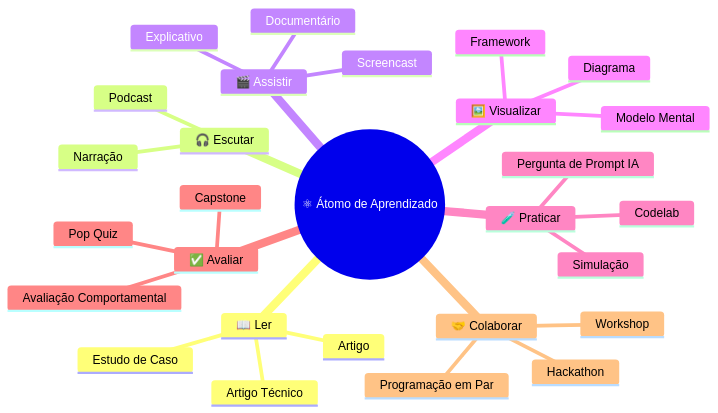
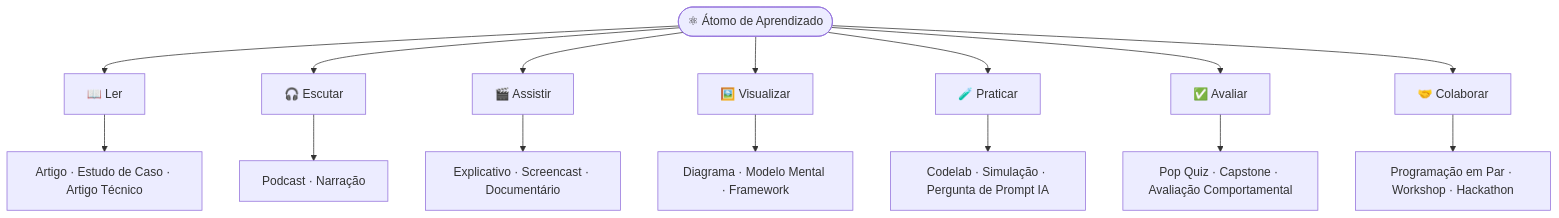
One commit to ada-school/ada-methodology changed the first of 3 diagrams in README-PT-BR.md. Above: the diagram before and after it, drawn with Mermaid. The commit also changed other lines of this file and 17 other files, not shown here.

````diff
--- a/README-PT-BR.md
+++ b/README-PT-BR.md
@@ -80,31 +80,17 @@
 ```mermaid
-mindmap
-  root((⚛ Átomo de Aprendizado))
-    📖 Ler
-      Artigo
-      Estudo de Caso
-      Artigo Técnico
-    🎧 Escutar
-      Podcast
-      Narração
-    🎬 Assistir
-      Explicativo
-      Screencast
-      Documentário
-    🖼️ Visualizar
-      Diagrama
-      Modelo Mental
-      Framework
-    🧪 Praticar
-      Codelab
-      Simulação
-      Pergunta de Prompt IA
-    ✅ Avaliar
-      Pop Quiz
-      Capstone
-      Avaliação Comportamental
-    🤝 Colaborar
-      Programação em Par
-      Workshop
-      Hackathon
+flowchart TD
+  A(["⚛ Átomo de Aprendizado"]) --> R["📖 Ler"]
+  A --> L["🎧 Escutar"]
+  A --> W["🎬 Assistir"]
+  A --> S["🖼️ Visualizar"]
+  A --> P["🧪 Praticar"]
+  A --> E["✅ Avaliar"]
+  A --> C["🤝 Colaborar"]
+  R --> R1["Artigo · Estudo de Caso · Artigo Técnico"]
+  L --> L1["Podcast · Narração"]
+  W --> W1["Explicativo · Screencast · Documentário"]
+  S --> S1["Diagrama · Modelo Mental · Framework"]
+  P --> P1["Codelab · Simulação · Pergunta de Prompt IA"]
+  E --> E1["Pop Quiz · Capstone · Avaliação Comportamental"]
+  C --> C1["Programação em Par · Workshop · Hackathon"]
 ```
````
